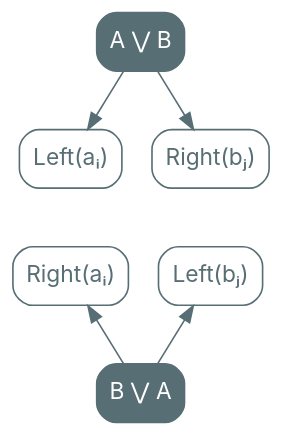
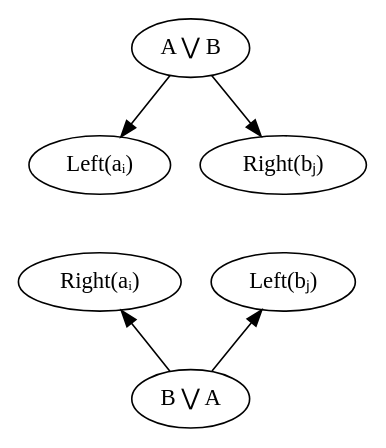
The diagram in src/graphviz/a_or_b_righta_leftb.dot (nrinaudo/far-more-adt), drawn with Graphviz before and after one commit. The commit also changed 70 other files, not shown here.

Commit message:
Use graphviz stylesheets

```diff
--- a/src/graphviz/a_or_b_righta_leftb.dot
+++ b/src/graphviz/a_or_b_righta_leftb.dot
@@ -1,26 +1,20 @@
 digraph {
-    bgcolor=transparent
-
-    // Default theme: enabled
-    node[shape="rectangle" style="rounded,filled" color="#586E75" fillcolor="#586E75" fontcolor="#ffffff" fontname="Inter,Arial"]
-    edge [color="#586E75" fontcolor="#000000" fontname="Inter,Arial" fontsize=11]
-
     AorB[label="A ⋁ B"]
-    LeftA[label="Left(aᵢ)" fillcolor="#ffffff" fontcolor="#586E75"]
-    RightB[label="Right(bⱼ)" fillcolor="#ffffff" fontcolor="#586E75"]
+    LeftA[label="Left(aᵢ)" class="value"]
+    RightB[label="Right(bⱼ)" class="value"]
 
     AorB -> LeftA
     AorB -> RightB
 
     BorA[label="B ⋁ A"]
-    LeftB[label="Left(bⱼ)" fillcolor="#ffffff" fontcolor="#586E75"]
-    RightA[label="Right(aᵢ)" fillcolor="#ffffff" fontcolor="#586E75"]
+    LeftB[label="Left(bⱼ)" class="value"]
+    RightA[label="Right(aᵢ)" class="value"]
 
     LeftB -> BorA[dir=back]
     RightA -> BorA[dir=back]
 
     LeftA -> RightA[style=invis]
     RightA -> LeftA[style=invis]
     LeftB -> RightB[style=invis]
     RightB -> LeftB[style=invis]
 }
```
